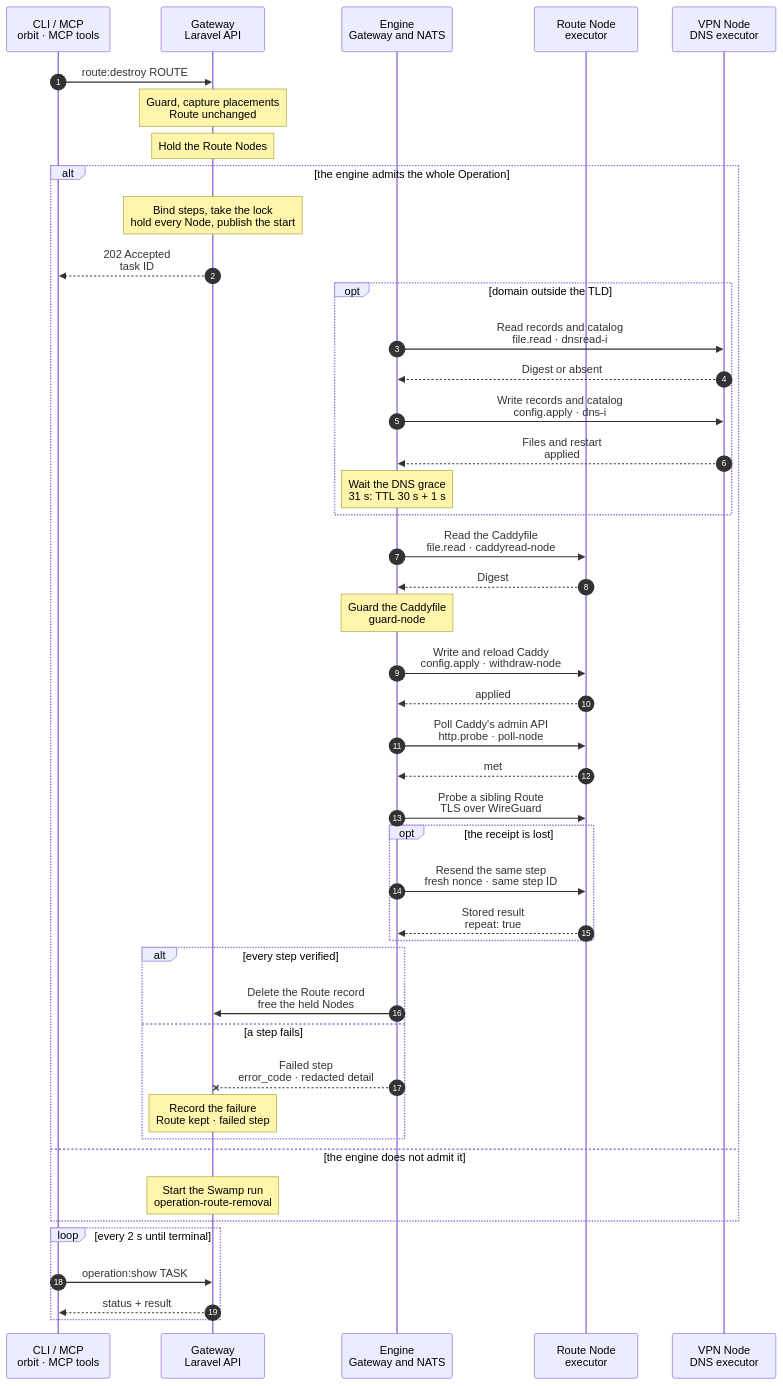
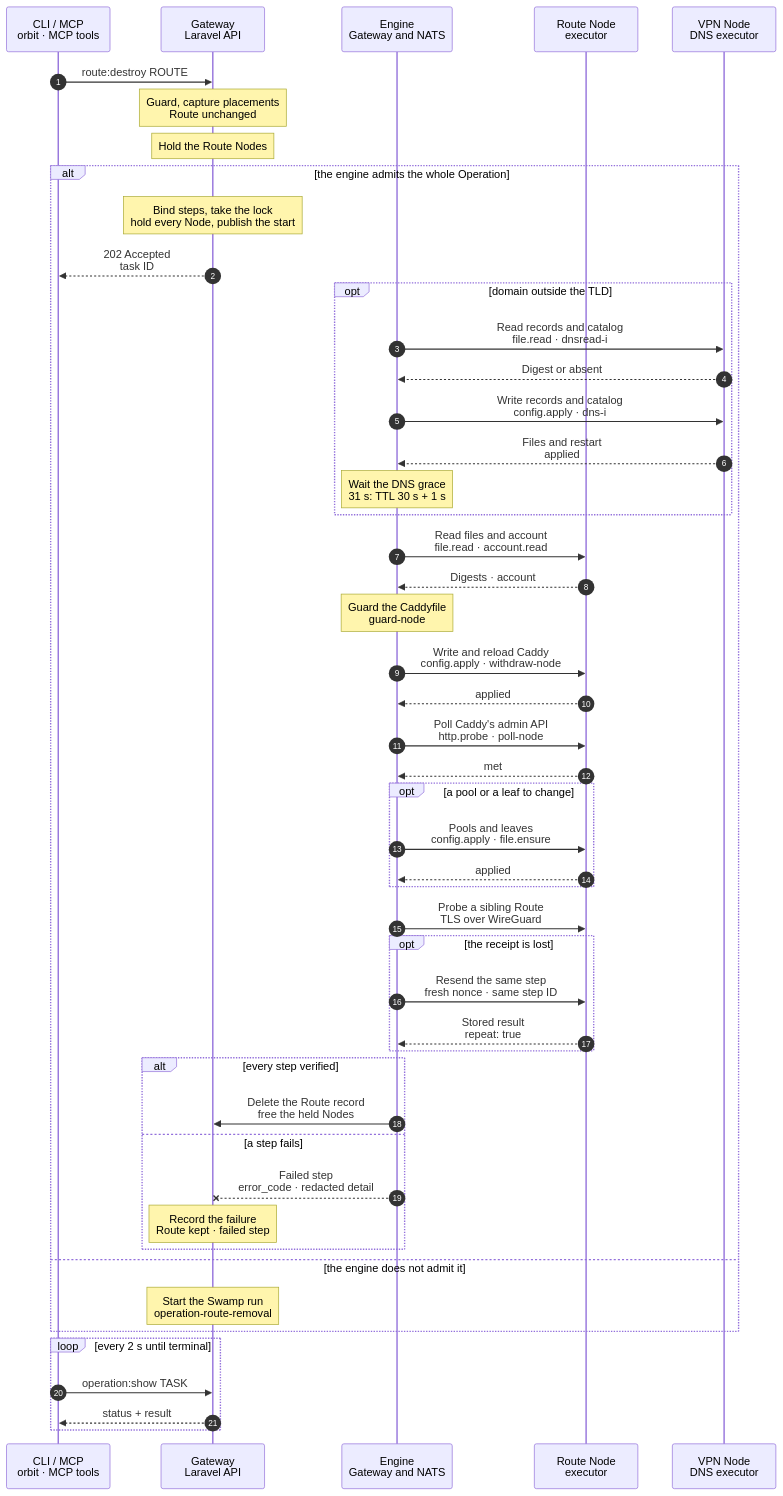
One commit to hardimpactdev/orbit changed the diagram in docs/cli/route/engine/destroy.mmd. Above: the diagram before and after it, drawn with Mermaid. The commit also changed 7 other files, not shown here.

First line of the commit message:
Withdraw a Route's leaves and pools on account.read in engine route.destroy (ORB-6354)

```diff
--- a/docs/cli/route/engine/destroy.mmd
+++ b/docs/cli/route/engine/destroy.mmd
@@ -1,96 +1,104 @@
 sequenceDiagram
   %% route.destroy on the Gateway engine: the steps of route/destroy.mmd (workflow operation-route-removal) composed in the Gateway from host primitives (`file.read`, `config.apply`, `http.probe`). Built for ADR 0271 (RouteDestroyEngineFlow, Routes rewrite PR C).
   %% Every path, lock, owner, validator and unit arrives in the order; the Gateway renders each whole file. instance/container/destroy-engine.mmd still withdraws its Routes with `dns.publish_records` and `route.withdraw_site` until its own rewrite.
   %% status: built
   %% command: route:destroy
   %% kind: route.destroy
   autonumber
   %% lane CLI icon=terminal pill=caller tone=gray
   %% lane GW icon=gateway pill=intent tone=blue
   %% lane EN icon=workflow pill=engine tone=purple
   %% lane N icon=server pill=executor tone=amber
   %% lane V icon=server pill=executor tone=green
   participant CLI as CLI / MCP<br/>orbit · MCP tools
   participant GW as Gateway<br/>Laravel API
   participant EN as Engine<br/>Gateway and NATS
   participant N as Route Node<br/>executor
   participant V as VPN Node<br/>DNS executor
   CLI->>GW: route:destroy ROUTE
   Note over GW: Guard, capture placements<br/>Route unchanged
   %%> Same guards and captured states as route/destroy.mmd
   Note over GW: Hold the Route Nodes
   %%> Same hold as Swamp: each Node that serves the site, from admission to the terminal state; a second Route write on one of them waits
   alt the engine admits the whole Operation
     %%> Admission, one decision per Operation (EngineKinds::routes):
     %%> - `route.destroy` is in `ORBIT_ENGINE_KINDS`
     %%> - every Node a step touches reports its action in `$KV.NODES`: `file.read`, `file.ensure` and `config.apply` on each VPN Node, and `http.probe` too on each Route Node (agent 0.36.0)
     %%> - the flow accepts the plan shape; a part it does not cover throws `EngineUnsupported` before any order
     %%> - production gate (as ORB-6337): each serving Node has the active `app-dev` role and each DNS Node the `vpn` role; no `production_control`, and no production Instance on a serving Node
     %%> - eligible plan: an ordinary private Route with no URL write; `--offline`, Caddy access rows (`posix.acl.ensure` with scope `tree`, A4) or link writes, a never-activated replacement, LAN rules, an Ingress edge, `url_lines` for a surviving Route and any `env_files` write throw `EngineUnsupported`
-    %%> - leaf folders and shared pools need the account's home and group, which only `account.read` (agent 0.37.0) reads on the Node; until that pin a removal with either runs on Swamp
+    %%> - leaf folders and pools need the account's home and group, which `account.read` (agent 0.37.0) reads on the Node; a Route Node with either must report it
     %%> - also refused: a public Route or a Process proxy (`route_private_development`), and a PHP version whose last shared pool would leave
     Note over GW: Bind steps, take the lock<br/>hold every Node, publish the start
     %%> - the step rows and the Operation lock commit in one transaction before the start event; an Operation never moves between engines after this
     %%> - in the same transaction the start refuses `route.publication_held` while another open Route write, on either engine, writes or holds one of its Nodes, the DNS-only VPN Nodes included (RouteWriteNodes); an engine removal fences later Route writes the same way
     GW-->>CLI: 202 Accepted<br/>task ID
     opt domain outside the TLD
       EN->>V: Read records and catalog<br/>file.read · dnsread-i
       %%> Two reads, never following a link: the digest, type, owner and mode of `/etc/dnsmasq.d/orbit-records.conf` and `/var/lib/orbit/private-dns/catalog.json`; the receipt is the step's output, so a retry sends the same guard
       %%> A link in a file's place is removed without following it (`file.ensure` absent, `dnsunlink-i-file`), only then; the step is done without an order otherwise; any other kind refuses
       V-->>EN: Digest or absent
       EN->>V: Write records and catalog<br/>config.apply · dns-i
       %%> The records and catalog rendered without the Route, owner `root:root 0644`, under the DNS lock `/run/lock/orbit-dnsmasq.lock`; each guarded (`from_sha256`) by the digest of the bytes the Gateway rendered from at admission (`records`, `catalog_file`), or by the read digest when the read already found the desired bytes; a file that was a link is written unguarded
       %%> A file changed after admission, by another Route or any other publisher, refuses before any write (`owned_revision_conflict`), as on main; a sibling added since is never erased
       %%> `dnsmasq --test` with `/etc/dnsmasq.conf` and `/etc/dnsmasq.d`, then `dnsmasq` and `orbit-private-dns` restart on every run; a failed test or restart puts the old files back and loads them again
       %%> The prior state is recorded in `/var/lib/orbit/executor/recovery/operation-<id>/dns-<i>`, so a run that stopped is undone by its replay
       V-->>EN: Files and restart<br/>applied
       Note over EN: Wait the DNS grace<br/>31 s: TTL 30 s + 1 s
       %%> A Gateway step (`grace`) after every `dns-i`: it runs no earlier than 31 s after the last recorded DNS receipt (`done_ms`), as Swamp's `route-dns-grace`; a redelivered receipt or a resend never moves that time
       %%> The engine keeps that time on the step (`EngineWait`) and schedules its deadline on the bus; no process sleeps, so a restart resumes only what is left (ORB-6333)
       %%> A cancel during the wait ends the Operation `cancelled` with nothing withdrawn from the Route Node
     end
-    EN->>N: Read the Caddyfile<br/>file.read · caddyread-node
-    N-->>EN: Digest
+    EN->>N: Read files and account<br/>file.read · account.read
+    %%> `caddyread-node`; `account-node` (`account.read`: uid, gid, group, home) and `poolread-node-k` only when the Node has a leaf or a pool to change
+    N-->>EN: Digests · account
     Note over EN: Guard the Caddyfile<br/>guard-node
     %%> A Gateway step: the read digest must be the Caddyfile rendered at admission (`route_guards`) or the desired one, else `owned_revision_conflict` and nothing is written; a missing Caddyfile or another kind refuses too
+    %%> An absent account refuses (`account.absent`), so nothing is written or removed for it; each pool must hold its render at admission or the desired one, the group as the gid or the group's name, else `owned_revision_conflict`
     %%> A link in its place passes: `caddyunlink-node` removes it without following it (`file.ensure` absent), and the write below goes unguarded; the step is done without an order otherwise
     EN->>N: Write and reload Caddy<br/>config.apply · withdraw-node
     %%> The whole Caddyfile without the Route, guarded by the digest read, owner `root:caddy 0640`, under the publication lock `/etc/caddy/.orbit-publish.lock`
     %%> `caddy validate` as `caddy`, then `caddy.service` reloads on every run, also a replay that finds nothing to change; a failed validation or reload puts the old file back and reloads it
     %%> Recovery record in `/var/lib/orbit/executor/recovery/operation-<id>/withdraw-<node>`
     N-->>EN: applied
     EN->>N: Poll Caddy's admin API<br/>http.probe · poll-node
     %%> `http://127.0.0.1:2019/config/` until no withdrawn name appears in it, within 5 s (ORB-6335); unmet fails the chart's withdrawal step
     N-->>EN: met
+    opt a pool or a leaf to change
+      EN->>N: Pools and leaves<br/>config.apply · file.ensure
+      %%> `pools-node`: each pool rendered whole by the Gateway (in place of withdraw.rs `merge_pool`), the gid and home from `account.read`, guarded by its read, under `/etc/caddy/.orbit-publish.lock`; `php-fpm -t` per pool, then each pool reloads; a failure restores them and fails `Converge PHP-FPM pools`; no order when every guarded pool is absent
+      %%> `leaf-node-k`, `leafhome-node-k`: `file.ensure` absent, recursive, of `/etc/caddy/orbit-certificates/<scope>` and `<home>/.orbit/certificates/<scope>`, only once Caddy no longer names them
+      N-->>EN: applied
+    end
     EN->>N: Probe a sibling Route<br/>TLS over WireGuard
     %%> A Gateway step (`sibling-node`) as route.create's probe: a TLS handshake with another Route on the same Node, trusting only the Orbit root, proves Caddy still serves the rest; skipped when the Node serves no other Route
     opt the receipt is lost
       EN->>N: Resend the same step<br/>fresh nonce · same step ID
       %%> When:
       %%> - the step passes its resend deadline with no receipt; two sends, one execution
       %%> - the Operation keeps its lock, so the Route and its held Nodes stays fenced; no other Operation and no Swamp run acts on it meanwhile
       %%> On the Node:
       %%> - the journal holds `done` for this Operation step, action and target: the executor answers the stored result with `repeat: true` and does not act again
       %%> - an order still `open` replays under the target lock first; an order that expired before the lock did nothing (`executor.order_expired`), and the step is sent again
       N-->>EN: Stored result<br/>repeat: true
     end
     alt every step verified
       EN->>GW: Delete the Route record<br/>free the held Nodes
       %%> - the kind's own projection records the result, the same rows a Swamp run records: the Route goes `retiring` before its record is deleted, and the only authoritative Route of an active Instance stays (ORB-6339); a projection that throws is retried twice, then fails `engine.projection_failed`
     else a step fails
       EN--xGW: Failed step<br/>error_code · redacted detail
       %%> - a deterministic refusal is a terminal receipt too; the journal keeps it and a resend repeats it
       Note over GW: Record the failure<br/>Route kept · failed step
       %%> - what was withdrawn stays withdrawn; no rollback
       %%> - each step maps onto the Swamp chart step it is part of (reads, unlinks, guard and poll onto `Withdraw site, remove cert` or `Remove private DNS`), so the projection records main's `failed_step` and that step's code: a guard conflict (`owned_revision_conflict` in the receipt) persists `route.withdraw_failed` or `private_dns.publication_failed`, as on main
       %%> - retry: the same command; its reads take the files as they are and each write converges
     end
   else the engine does not admit it
     Note over GW: Start the Swamp run<br/>operation-route-removal
     %%> - the kind is not enabled, a Node lacks the action, `$KV.NODES` is unreadable, or the flow throws `EngineUnsupported`: the whole Operation runs operation-route-removal (route/destroy.mmd)
     %%> - no step of it runs on the engine; an Operation never splits across engines
   end
   loop every 2 s until terminal
     CLI->>GW: operation:show TASK
     GW-->>CLI: status + result
   end
```
